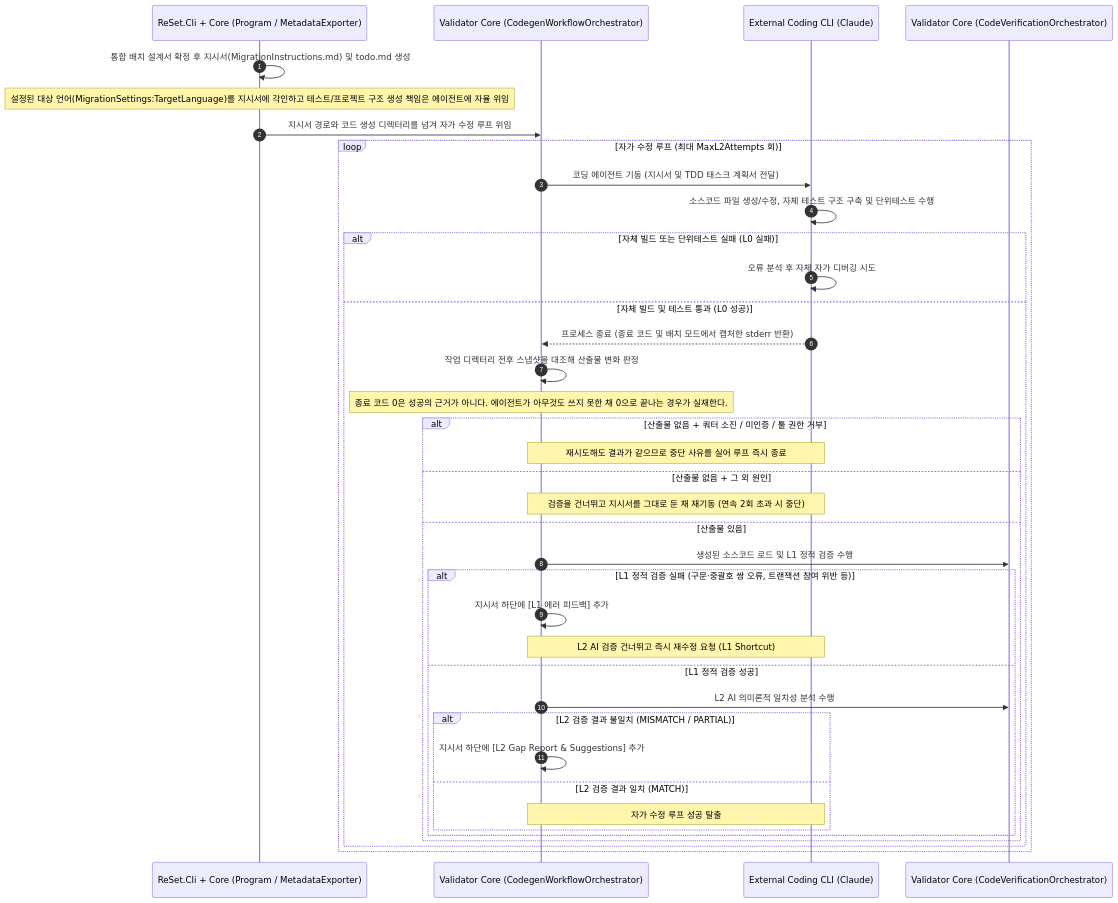
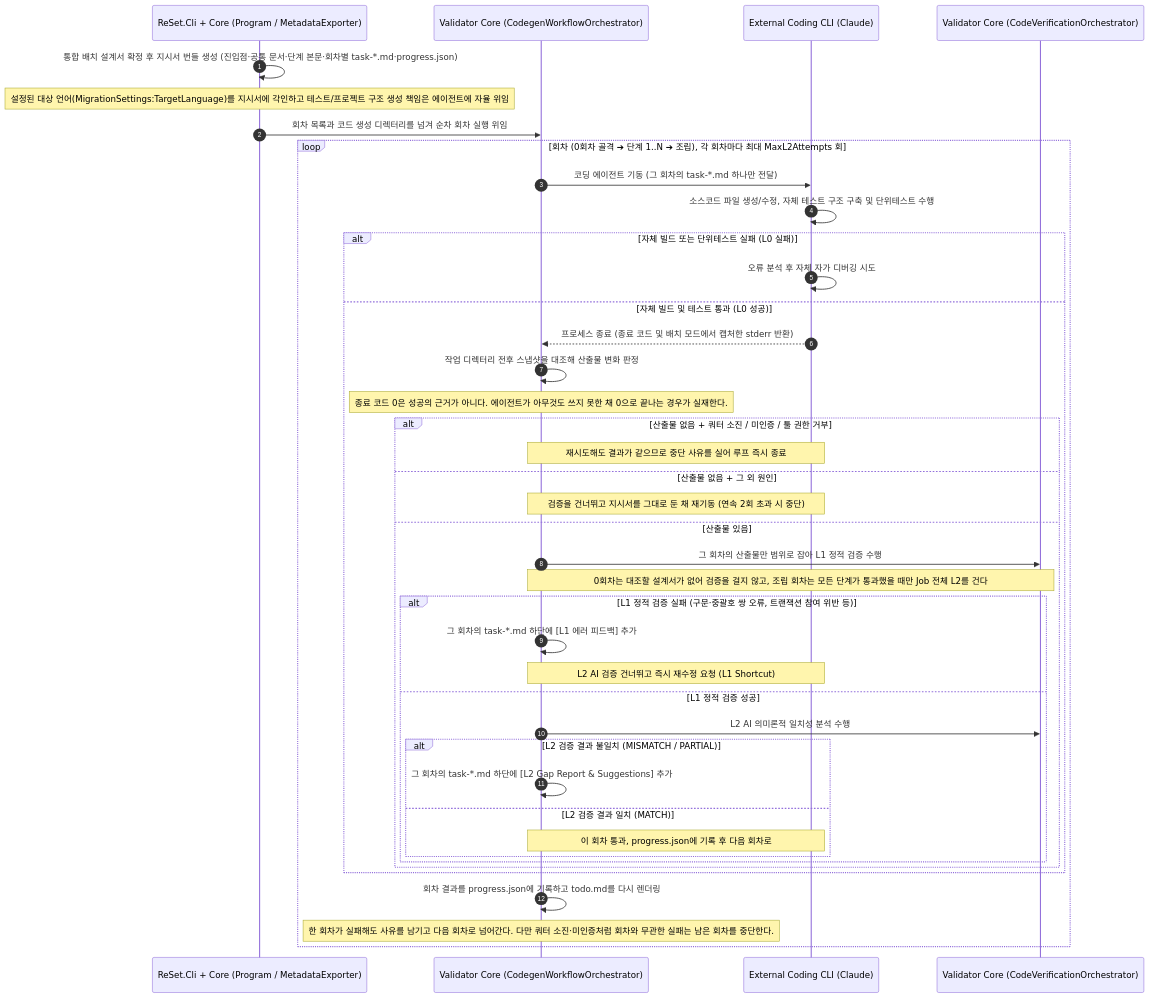
One commit to moondae815/ReSet changed the fifth of 9 diagrams in docs/architecture.md. Above: the diagram before and after it, drawn with Mermaid. The commit also changed other lines of this file and 2 other files, not shown here.

````diff
--- a/docs/architecture.md
+++ b/docs/architecture.md
@@ -265,41 +274,44 @@
 ```mermaid
 sequenceDiagram
     autonumber
     participant CLI as ReSet.Cli + Core (Program / MetadataExporter)
     participant RC as Validator Core (CodegenWorkflowOrchestrator)
     participant ECE as External Coding CLI (Claude)
     participant VAL as Validator Core (CodeVerificationOrchestrator)
 
-    CLI->>CLI: 통합 배치 설계서 확정 후 지시서(MigrationInstructions.md) 및 todo.md 생성
+    CLI->>CLI: 통합 배치 설계서 확정 후 지시서 번들 생성 (진입점·공통 문서·단계 본문·회차별 task-*.md·progress.json)
     Note over CLI: 설정된 대상 언어(MigrationSettings:TargetLanguage)를 지시서에 각인하고 테스트/프로젝트 구조 생성 책임은 에이전트에 자율 위임
-    CLI->>RC: 지시서 경로와 코드 생성 디렉터리를 넘겨 자가 수정 루프 위임
-    loop 자가 수정 루프 (최대 MaxL2Attempts 회)
-        RC->>ECE: 코딩 에이전트 기동 (지시서 및 TDD 태스크 계획서 전달)
+    CLI->>RC: 회차 목록과 코드 생성 디렉터리를 넘겨 순차 회차 실행 위임
+    loop 회차 (0회차 골격 ➔ 단계 1..N ➔ 조립), 각 회차마다 최대 MaxL2Attempts 회
+        RC->>ECE: 코딩 에이전트 기동 (그 회차의 task-*.md 하나만 전달)
         ECE->>ECE: 소스코드 파일 생성/수정, 자체 테스트 구조 구축 및 단위테스트 수행
         alt 자체 빌드 또는 단위테스트 실패 (L0 실패)
             ECE->>ECE: 오류 분석 후 자체 자가 디버깅 시도
         else 자체 빌드 및 테스트 통과 (L0 성공)
             ECE-->>RC: 프로세스 종료 (종료 코드 및 배치 모드에서 캡처한 stderr 반환)
             RC->>RC: 작업 디렉터리 전후 스냅샷을 대조해 산출물 변화 판정
             Note over RC: 종료 코드 0은 성공의 근거가 아니다. 에이전트가 아무것도 쓰지 못한 채 0으로 끝나는 경우가 실재한다.
             alt 산출물 없음 + 쿼터 소진 / 미인증 / 툴 권한 거부
                 Note over RC,ECE: 재시도해도 결과가 같으므로 중단 사유를 실어 루프 즉시 종료
             else 산출물 없음 + 그 외 원인
                 Note over RC,ECE: 검증을 건너뛰고 지시서를 그대로 둔 채 재기동 (연속 2회 초과 시 중단)
             else 산출물 있음
-                RC->>VAL: 생성된 소스코드 로드 및 L1 정적 검증 수행
+                RC->>VAL: 그 회차의 산출물만 범위로 잡아 L1 정적 검증 수행
+                Note over RC,VAL: 0회차는 대조할 설계서가 없어 검증을 걸지 않고, 조립 회차는 모든 단계가 통과했을 때만 Job 전체 L2를 건다
                 alt L1 정적 검증 실패 (구문·중괄호 쌍 오류, 트랜잭션 참여 위반 등)
-                    RC->>RC: 지시서 하단에 [L1 에러 피드백] 추가
+                    RC->>RC: 그 회차의 task-*.md 하단에 [L1 에러 피드백] 추가
                     Note over RC,ECE: L2 AI 검증 건너뛰고 즉시 재수정 요청 (L1 Shortcut)
                 else L1 정적 검증 성공
                     RC->>VAL: L2 AI 의미론적 일치성 분석 수행
                     alt L2 검증 결과 불일치 (MISMATCH / PARTIAL)
-                        RC->>RC: 지시서 하단에 [L2 Gap Report & Suggestions] 추가
+                        RC->>RC: 그 회차의 task-*.md 하단에 [L2 Gap Report & Suggestions] 추가
                     else L2 검증 결과 일치 (MATCH)
-                        Note over RC,ECE: 자가 수정 루프 성공 탈출
+                        Note over RC,ECE: 이 회차 통과, progress.json에 기록 후 다음 회차로
                     end
                 end
             end
         end
+        RC->>RC: 회차 결과를 progress.json에 기록하고 todo.md를 다시 렌더링
+        Note over RC: 한 회차가 실패해도 사유를 남기고 다음 회차로 넘어간다. 다만 쿼터 소진·미인증처럼 회차와 무관한 실패는 남은 회차를 중단한다.
     end
 ```
````
